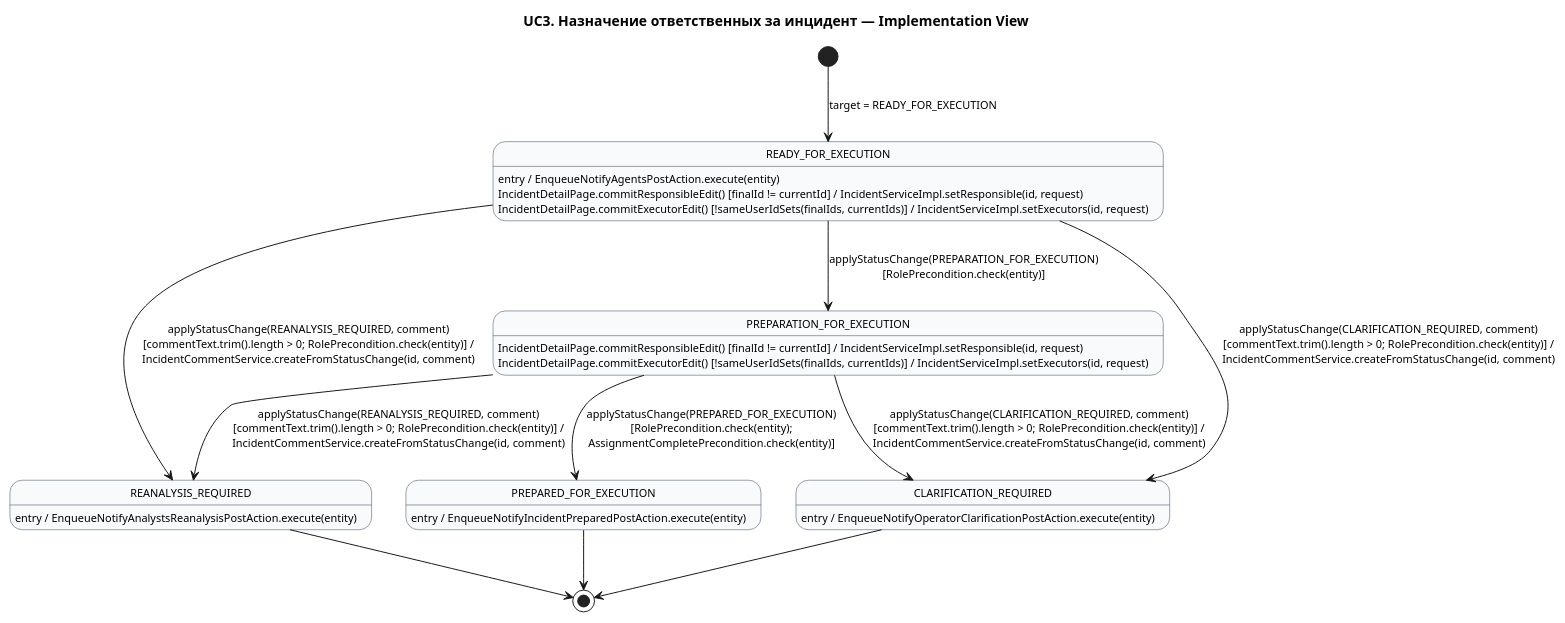
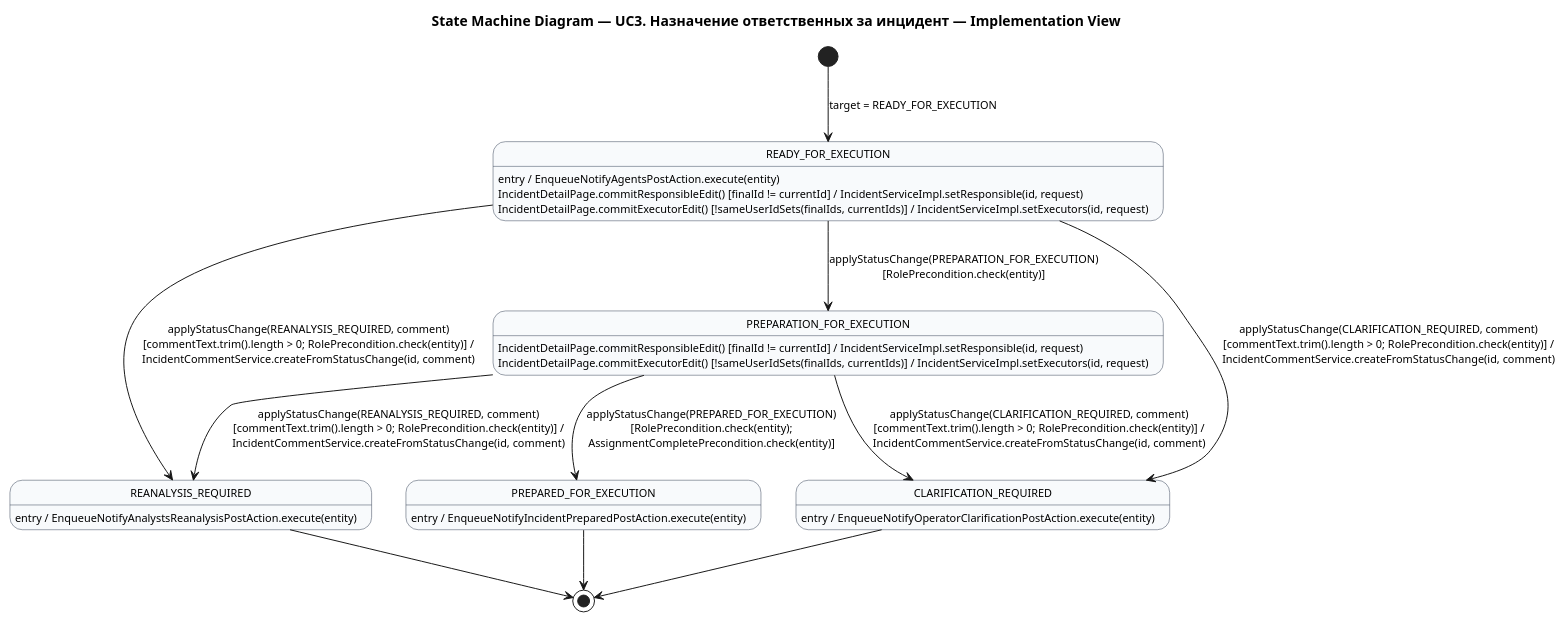
The third of 3 diagrams in docs/state-machine/UC3.md (Andryss/AIMS), drawn with PlantUML before and after one commit. The commit also changed other lines of this file and 31 other files, not shown here.

````diff
--- a/docs/state-machine/UC3.md
+++ b/docs/state-machine/UC3.md
@@ -102,46 +102,46 @@
 ```plantuml
 @startuml aims_uc3_state_machine_implementation_view
-title UC3. Назначение ответственных за инцидент — Implementation View
+title State Machine Diagram — UC3. Назначение ответственных за инцидент — Implementation View
 scale max 3800 width
 
 skinparam shadowing false
 skinparam defaultFontSize 11
 skinparam state {
   BackgroundColor #F8FAFC
   BorderColor #334155
   StartColor #166534
   EndColor #991B1B
 }
 
 state "READY_FOR_EXECUTION" as ImplReady
 state "PREPARATION_FOR_EXECUTION" as ImplPreparation
 state "PREPARED_FOR_EXECUTION" as ImplPrepared
 state "CLARIFICATION_REQUIRED" as ImplClarification
 state "REANALYSIS_REQUIRED" as ImplReanalysis
 
 ImplReady : entry / EnqueueNotifyAgentsPostAction.execute(entity)
 ImplReady : IncidentDetailPage.commitResponsibleEdit() [finalId != currentId] / IncidentServiceImpl.setResponsible(id, request)
 ImplReady : IncidentDetailPage.commitExecutorEdit() [!sameUserIdSets(finalIds, currentIds)] / IncidentServiceImpl.setExecutors(id, request)
 
 ImplPreparation : IncidentDetailPage.commitResponsibleEdit() [finalId != currentId] / IncidentServiceImpl.setResponsible(id, request)
 ImplPreparation : IncidentDetailPage.commitExecutorEdit() [!sameUserIdSets(finalIds, currentIds)] / IncidentServiceImpl.setExecutors(id, request)
 
 ImplPrepared : entry / EnqueueNotifyIncidentPreparedPostAction.execute(entity)
 ImplClarification : entry / EnqueueNotifyOperatorClarificationPostAction.execute(entity)
 ImplReanalysis : entry / EnqueueNotifyAnalystsReanalysisPostAction.execute(entity)
 
 [*] --> ImplReady : target = READY_FOR_EXECUTION
 ImplReady --> ImplPreparation : applyStatusChange(PREPARATION_FOR_EXECUTION)\n[RolePrecondition.check(entity)]
 ImplPreparation --> ImplPrepared : applyStatusChange(PREPARED_FOR_EXECUTION)\n[RolePrecondition.check(entity);\nAssignmentCompletePrecondition.check(entity)]
 
 ImplReady --> ImplClarification : applyStatusChange(CLARIFICATION_REQUIRED, comment)\n[commentText.trim().length > 0; RolePrecondition.check(entity)] /\nIncidentCommentService.createFromStatusChange(id, comment)
 ImplPreparation --> ImplClarification : applyStatusChange(CLARIFICATION_REQUIRED, comment)\n[commentText.trim().length > 0; RolePrecondition.check(entity)] /\nIncidentCommentService.createFromStatusChange(id, comment)
 
 ImplReady --> ImplReanalysis : applyStatusChange(REANALYSIS_REQUIRED, comment)\n[commentText.trim().length > 0; RolePrecondition.check(entity)] /\nIncidentCommentService.createFromStatusChange(id, comment)
 ImplPreparation --> ImplReanalysis : applyStatusChange(REANALYSIS_REQUIRED, comment)\n[commentText.trim().length > 0; RolePrecondition.check(entity)] /\nIncidentCommentService.createFromStatusChange(id, comment)
 
 ImplPrepared --> [*]
 ImplClarification --> [*]
 ImplReanalysis --> [*]
 @enduml
 ```
````
